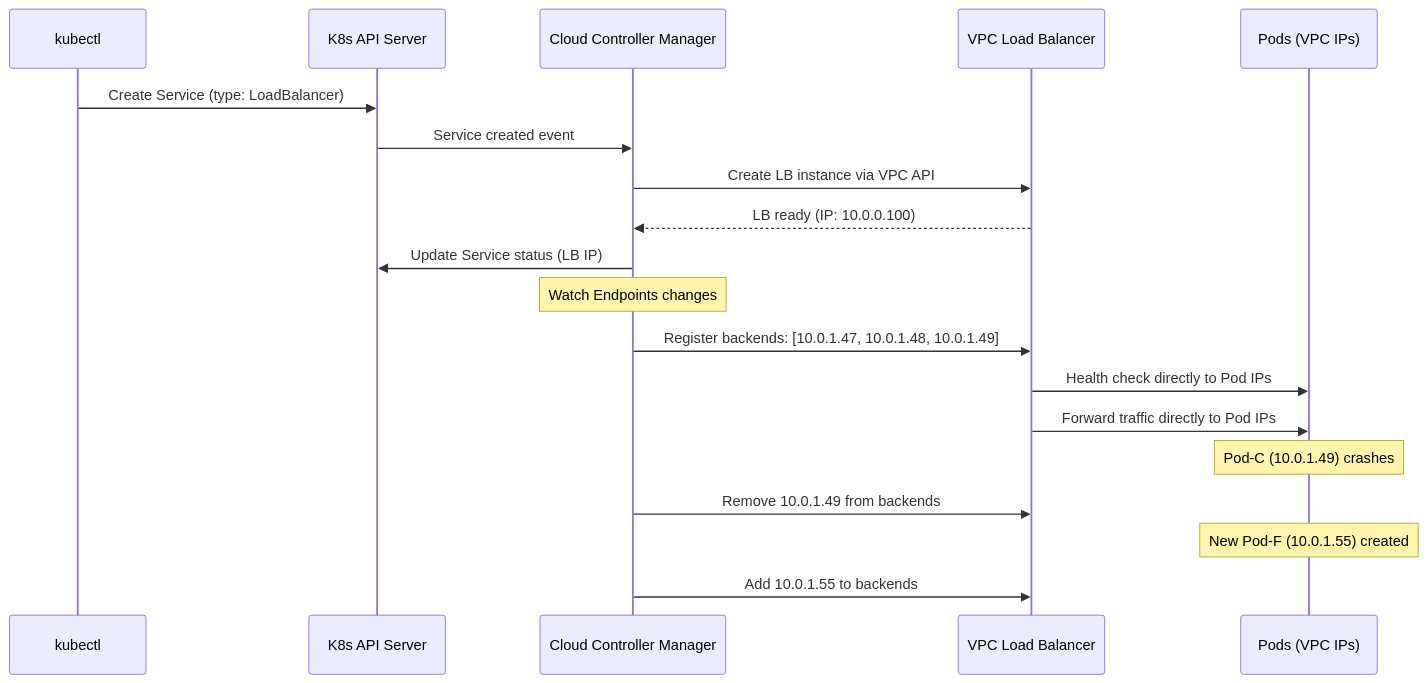
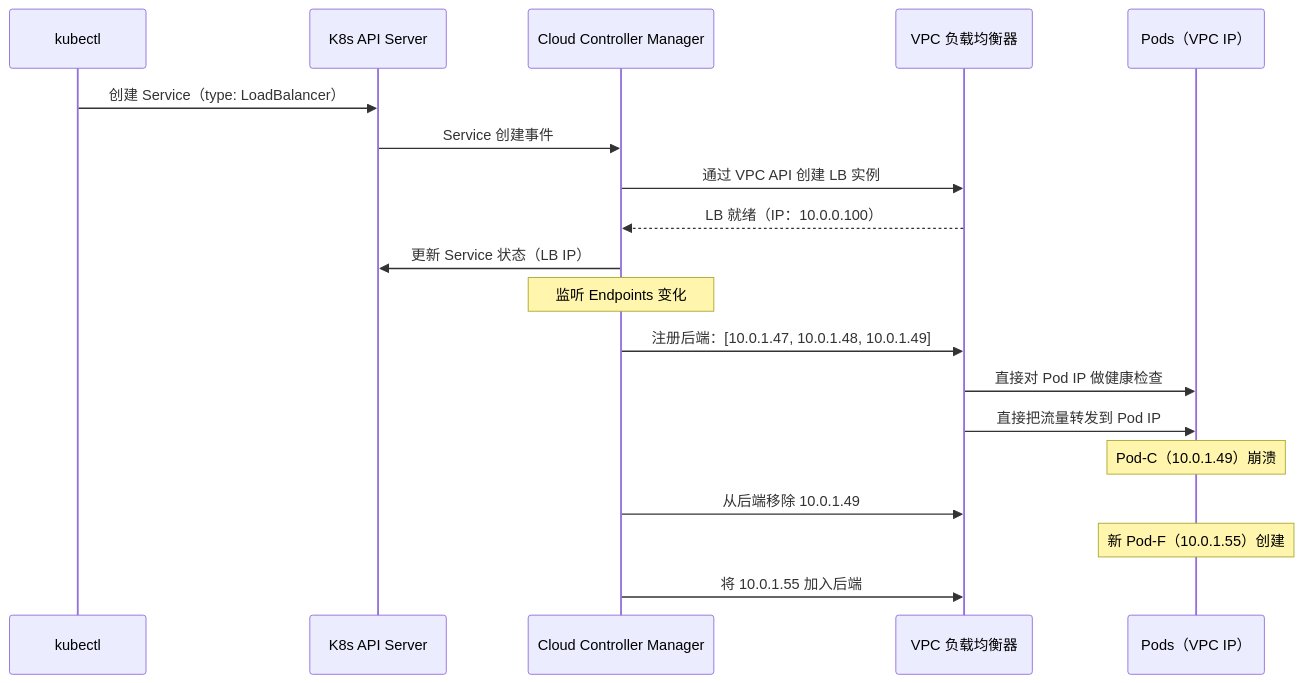
One commit to caozhiyi/network-book changed the fifth of 6 diagrams in docs/12.容器加入VPC之Pod如何获得VPC_IP.md. Above: the diagram before and after it, drawn with Mermaid. The commit also changed other lines of this file and 77 other files, not shown here.

````diff
--- a/docs/12.容器加入VPC之Pod如何获得VPC_IP.md
+++ b/docs/12.容器加入VPC之Pod如何获得VPC_IP.md
@@ -249,28 +245,28 @@
 ```mermaid
 sequenceDiagram
     participant User as kubectl
     participant API as K8s API Server
     participant CCM as Cloud Controller Manager
-    participant LB as VPC Load Balancer
-    participant Pod as Pods (VPC IPs)
+    participant LB as VPC 负载均衡器
+    participant Pod as Pods（VPC IP）
 
-    User->>API: Create Service (type: LoadBalancer)
-    API->>CCM: Service created event
-    CCM->>LB: Create LB instance via VPC API
-    LB-->>CCM: LB ready (IP: 10.0.0.100)
-    CCM->>API: Update Service status (LB IP)
+    User->>API: 创建 Service（type: LoadBalancer）
+    API->>CCM: Service 创建事件
+    CCM->>LB: 通过 VPC API 创建 LB 实例
+    LB-->>CCM: LB 就绪（IP：10.0.0.100）
+    CCM->>API: 更新 Service 状态（LB IP）
 
-    Note over CCM: Watch Endpoints changes
+    Note over CCM: 监听 Endpoints 变化
 
-    CCM->>LB: Register backends: [10.0.1.47, 10.0.1.48, 10.0.1.49]
-    LB->>Pod: Health check directly to Pod IPs
-    LB->>Pod: Forward traffic directly to Pod IPs
+    CCM->>LB: 注册后端：[10.0.1.47, 10.0.1.48, 10.0.1.49]
+    LB->>Pod: 直接对 Pod IP 做健康检查
+    LB->>Pod: 直接把流量转发到 Pod IP
 
-    Note over Pod: Pod-C (10.0.1.49) crashes
+    Note over Pod: Pod-C（10.0.1.49）崩溃
 
-    CCM->>LB: Remove 10.0.1.49 from backends
+    CCM->>LB: 从后端移除 10.0.1.49
     
-    Note over Pod: New Pod-F (10.0.1.55) created
+    Note over Pod: 新 Pod-F（10.0.1.55）创建
 
-    CCM->>LB: Add 10.0.1.55 to backends
+    CCM->>LB: 将 10.0.1.55 加入后端
 ```
````
